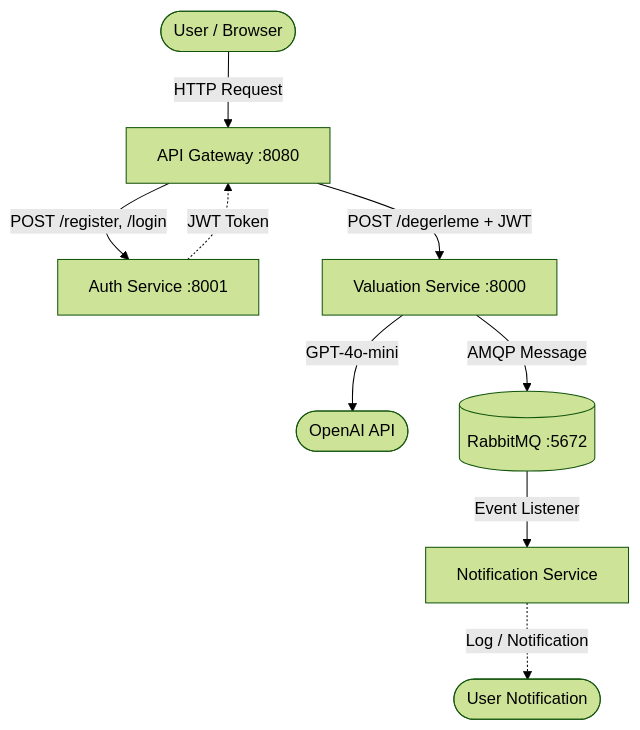
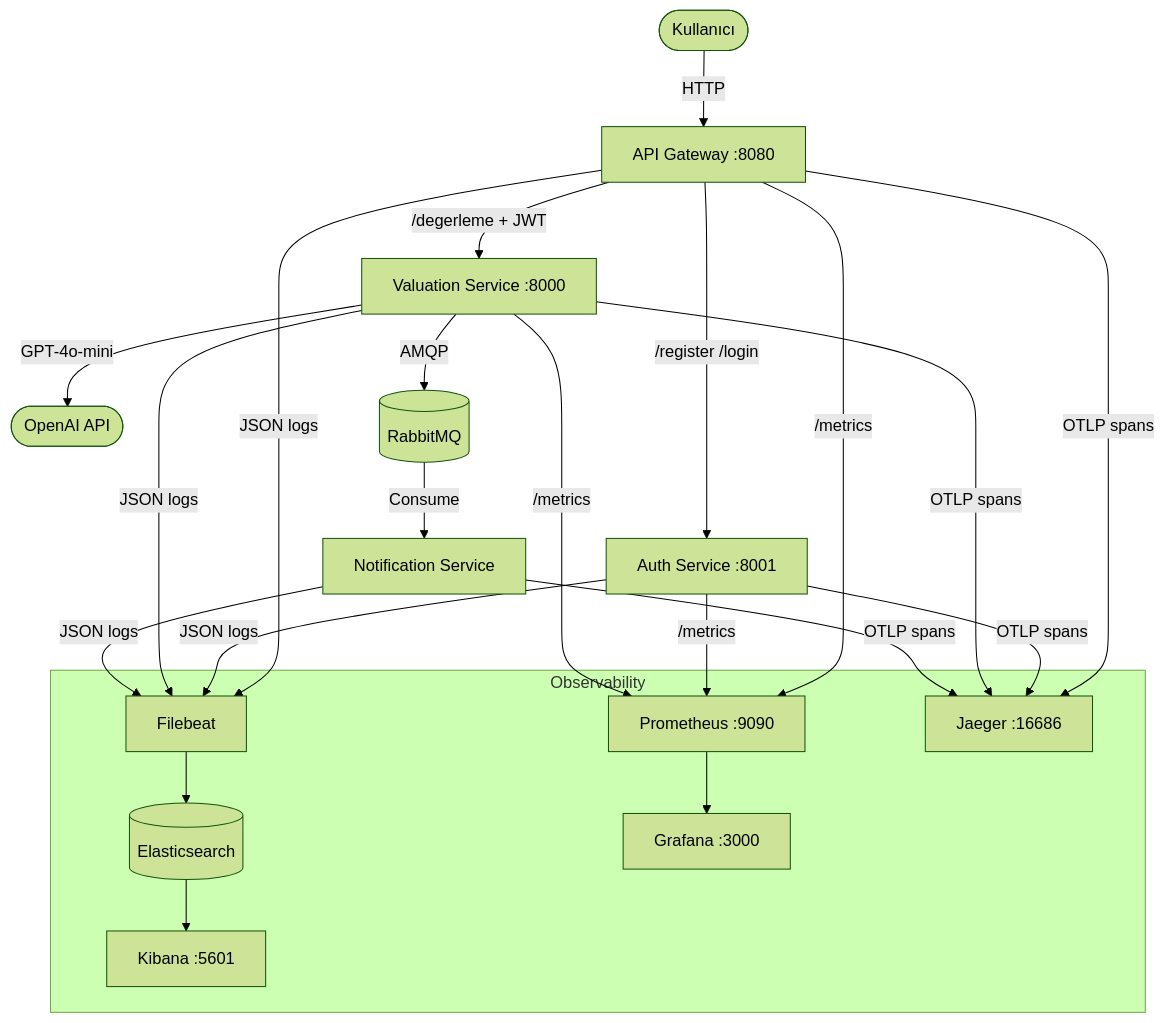
One commit to kayracolak/car-valuation-microservice changed the diagram in README.md. Above: the diagram before and after it, drawn with Mermaid (forest theme). The commit also changed other lines of this file and 20 other files, not shown here.

````diff
--- a/README.md
+++ b/README.md
@@ -39,14 +89,22 @@
 ```mermaid
 graph TD
-    Client([User / Browser]) -->|HTTP Request| Gateway[API Gateway :8080]
+    Client([Kullanıcı]) -->|HTTP| GW[API Gateway :8080]
 
-    Gateway -->|POST /register, /login| Auth[Auth Service :8001]
-    Auth -.->|JWT Token| Gateway
+    GW -->|/register /login| Auth[Auth Service :8001]
+    GW -->|/degerleme + JWT| Val[Valuation Service :8000]
 
-    Gateway -->|POST /degerleme + JWT| Valuation[Valuation Service :8000]
-    Valuation -->|GPT-4o-mini| OpenAI([OpenAI API])
+    Val -->|GPT-4o-mini| OAI([OpenAI API])
+    Val -->|AMQP| MQ[(RabbitMQ)]
+    MQ -->|Consume| Notif[Notification Service]
 
-    Valuation -->|AMQP Message| RabbitMQ[(RabbitMQ :5672)]
-    RabbitMQ -->|Event Listener| Notification[Notification Service]
-    Notification -.->|Log / Notification| UserLog([User Notification])
+    subgraph Observability
+        Filebeat --> ES[(Elasticsearch)]
+        ES --> Kibana[Kibana :5601]
+        Prom[Prometheus :9090] --> Grafana[Grafana :3000]
+        Jaeger[Jaeger :16686]
+    end
+
+    GW & Auth & Val & Notif -->|JSON logs| Filebeat
+    GW & Auth & Val -->|/metrics| Prom
+    GW & Auth & Val & Notif -->|OTLP spans| Jaeger
 ```
````
